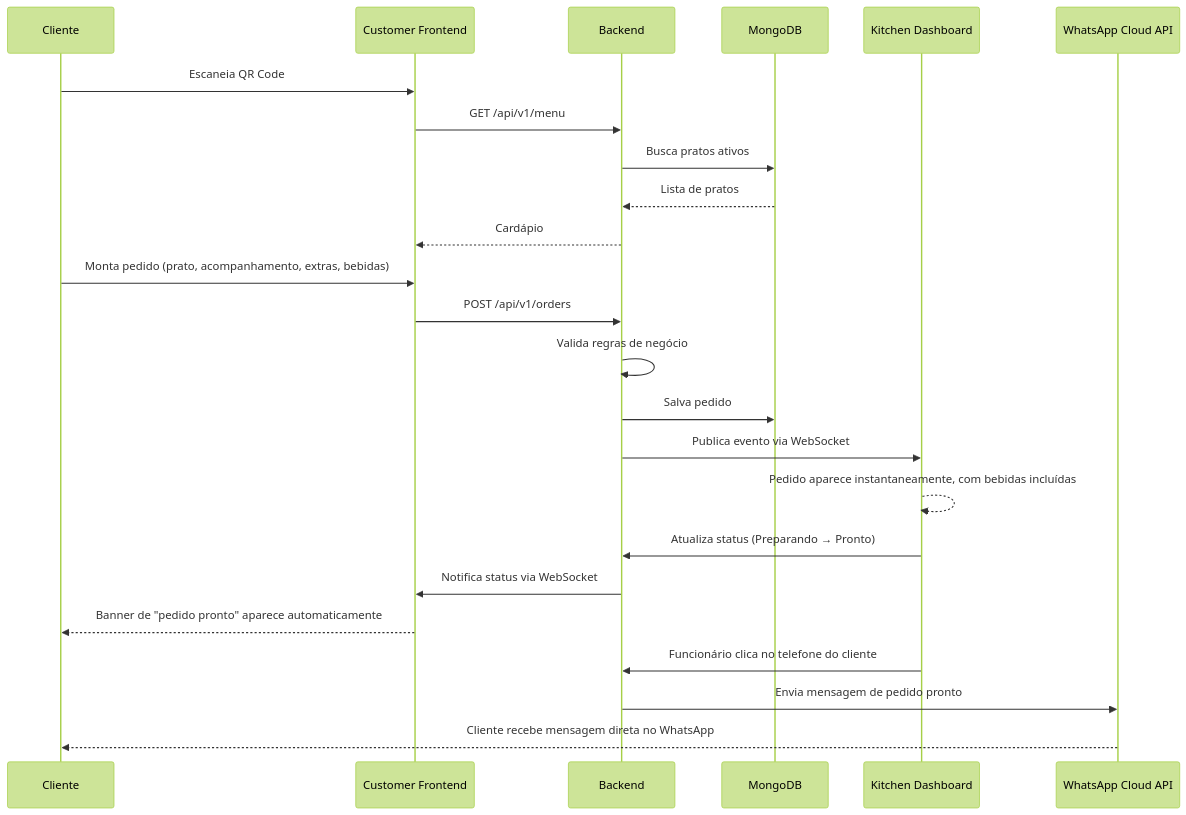
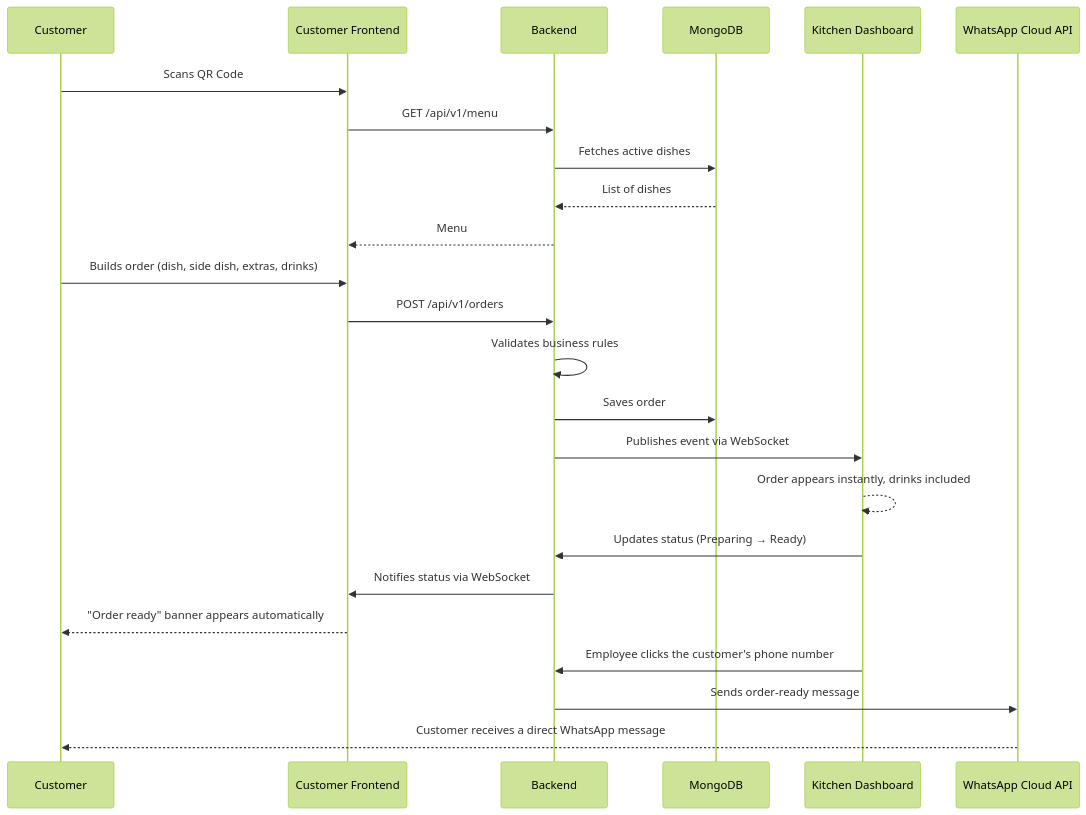
Before and after one commit to GuilhermeDoSantoss/pedacinho-de-maria: the second of 2 diagrams in README.md, drawn with Mermaid (forest theme). The commit also changed other lines of this file, not shown here.

````diff
--- a/README.md
+++ b/README.md
@@ -160,27 +160,27 @@
 ```mermaid
 sequenceDiagram
-    participant C as Cliente
+    participant C as Customer
     participant F as Customer Frontend
     participant B as Backend
     participant M as MongoDB
     participant K as Kitchen Dashboard
     participant W as WhatsApp Cloud API
 
-    C->>F: Escaneia QR Code
+    C->>F: Scans QR Code
     F->>B: GET /api/v1/menu
-    B->>M: Busca pratos ativos
-    M-->>B: Lista de pratos
-    B-->>F: Cardápio
-    C->>F: Monta pedido (prato, acompanhamento, extras, bebidas)
+    B->>M: Fetches active dishes
+    M-->>B: List of dishes
+    B-->>F: Menu
+    C->>F: Builds order (dish, side dish, extras, drinks)
     F->>B: POST /api/v1/orders
-    B->>B: Valida regras de negócio
-    B->>M: Salva pedido
-    B->>K: Publica evento via WebSocket
-    K-->>K: Pedido aparece instantaneamente, com bebidas incluídas
-    K->>B: Atualiza status (Preparando → Pronto)
-    B->>F: Notifica status via WebSocket
-    F-->>C: Banner de "pedido pronto" aparece automaticamente
-    K->>B: Funcionário clica no telefone do cliente
-    B->>W: Envia mensagem de pedido pronto
-    W-->>C: Cliente recebe mensagem direta no WhatsApp
+    B->>B: Validates business rules
+    B->>M: Saves order
+    B->>K: Publishes event via WebSocket
+    K-->>K: Order appears instantly, drinks included
+    K->>B: Updates status (Preparing → Ready)
+    B->>F: Notifies status via WebSocket
+    F-->>C: "Order ready" banner appears automatically
+    K->>B: Employee clicks the customer's phone number
+    B->>W: Sends order-ready message
+    W-->>C: Customer receives a direct WhatsApp message
 ```
````
